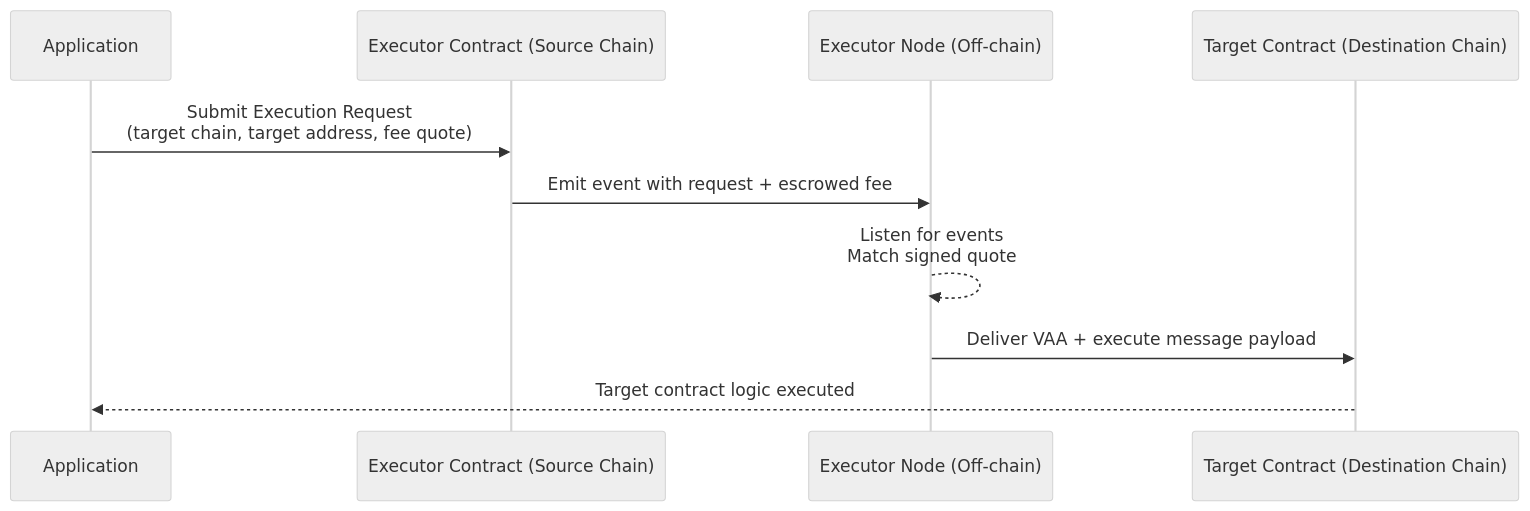
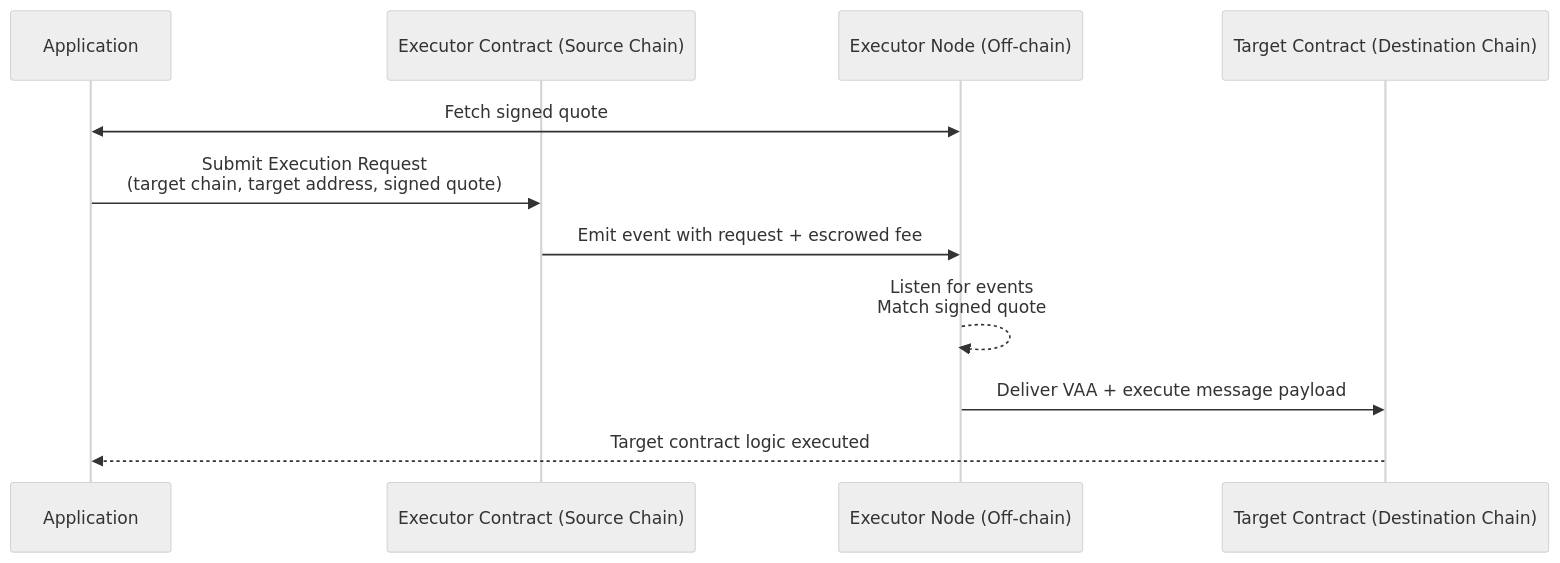
One commit to wormhole-foundation/wormhole-docs changed the diagram in protocol/infrastructure/relayer.md. Above: the diagram before and after it, drawn with Mermaid (neutral theme). The commit also changed other lines of this file and 1 other file, not shown here.

````diff
--- a/protocol/infrastructure/relayer.md
+++ b/protocol/infrastructure/relayer.md
@@ -75,13 +77,14 @@
 ```mermaid
 sequenceDiagram
     participant App as Application
     participant ExContract as Executor Contract (Source Chain)
     participant ExecNode as Executor Node (Off-chain)
     participant Dest as Target Contract (Destination Chain)
 
-    App->>ExContract: Submit Execution Request<br/>(target chain, target address, fee quote)
+    App<<->>ExecNode: Fetch signed quote
+    App->>ExContract: Submit Execution Request<br/>(target chain, target address, signed quote)
     ExContract->>ExecNode: Emit event with request + escrowed fee
     ExecNode-->>ExecNode: Listen for events<br/>Match signed quote
     ExecNode->>Dest: Deliver VAA + execute message payload
     Dest-->>App: Target contract logic executed
 ```
````
